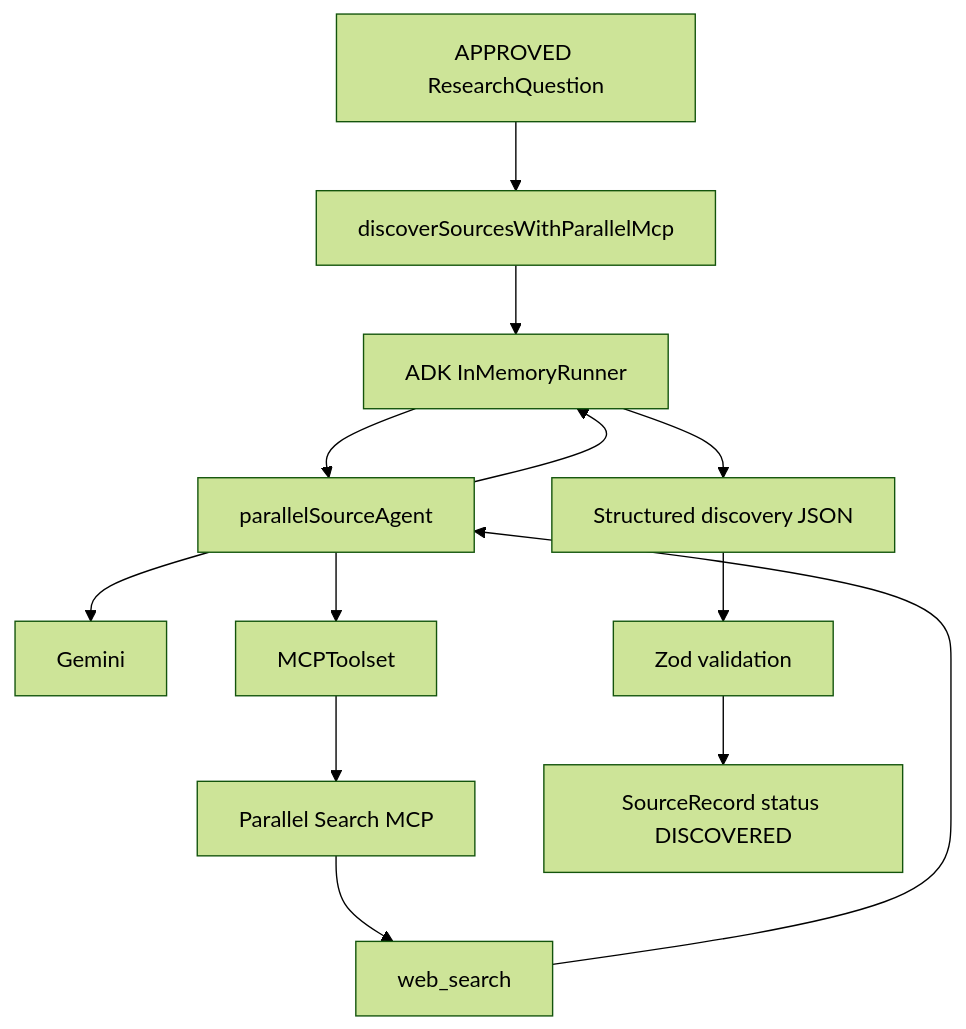
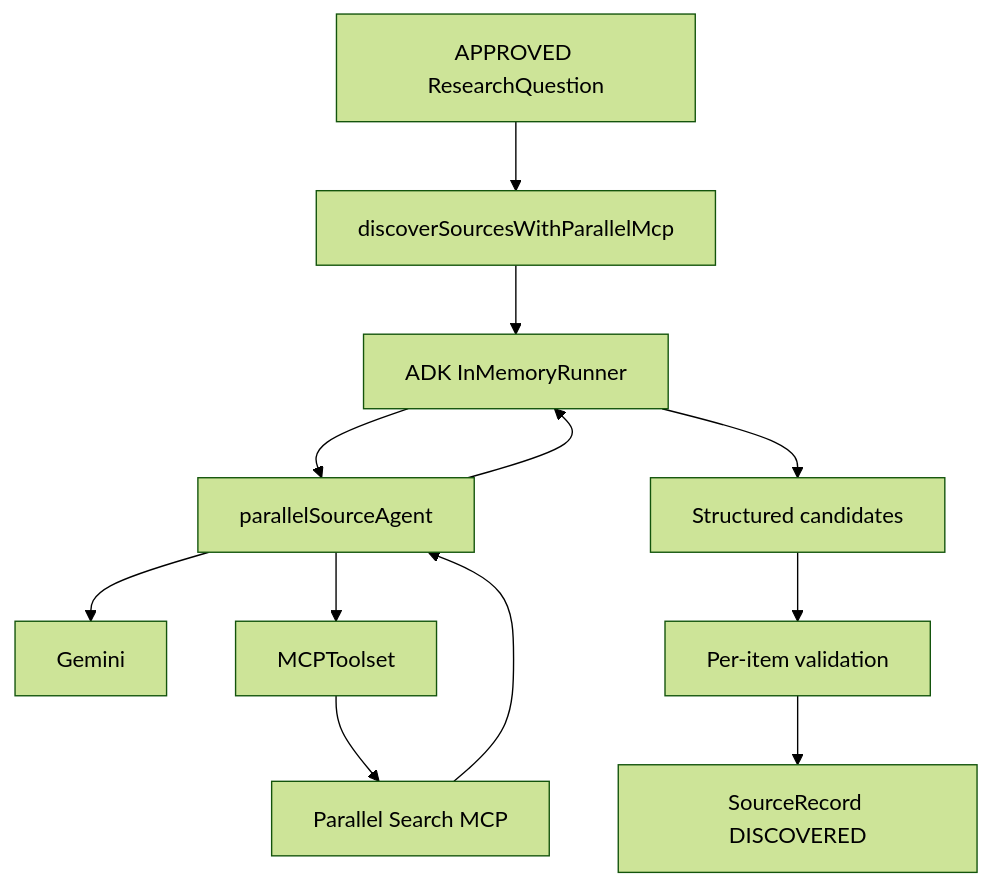
The second of 2 diagrams in docs/execution/real-execution-path.md (amin076/tital), drawn with Mermaid (forest theme) before and after one commit. The commit also changed other lines of this file, not shown here.

Commit message:
docs: replace stale local-only execution path with hosted flow

````diff
--- a/docs/execution/real-execution-path.md
+++ b/docs/execution/real-execution-path.md
@@ -78,19 +83,18 @@
 ```mermaid
 graph TD
     RQ[APPROVED ResearchQuestion]
     S[discoverSourcesWithParallelMcp]
     AR[ADK InMemoryRunner]
     A[parallelSourceAgent]
     G[Gemini]
     M[MCPToolset]
     P[Parallel Search MCP]
-    W[web_search]
-    O[Structured discovery JSON]
-    Z[Zod validation]
-    SR[SourceRecord status DISCOVERED]
+    O[Structured candidates]
+    Z[Per-item validation]
+    SR[SourceRecord DISCOVERED]
 
     RQ --> S --> AR --> A
     A --> G
-    A --> M --> P --> W
-    W --> A --> AR --> O --> Z --> SR
+    A --> M --> P
+    P --> A --> AR --> O --> Z --> SR
 ```
````
